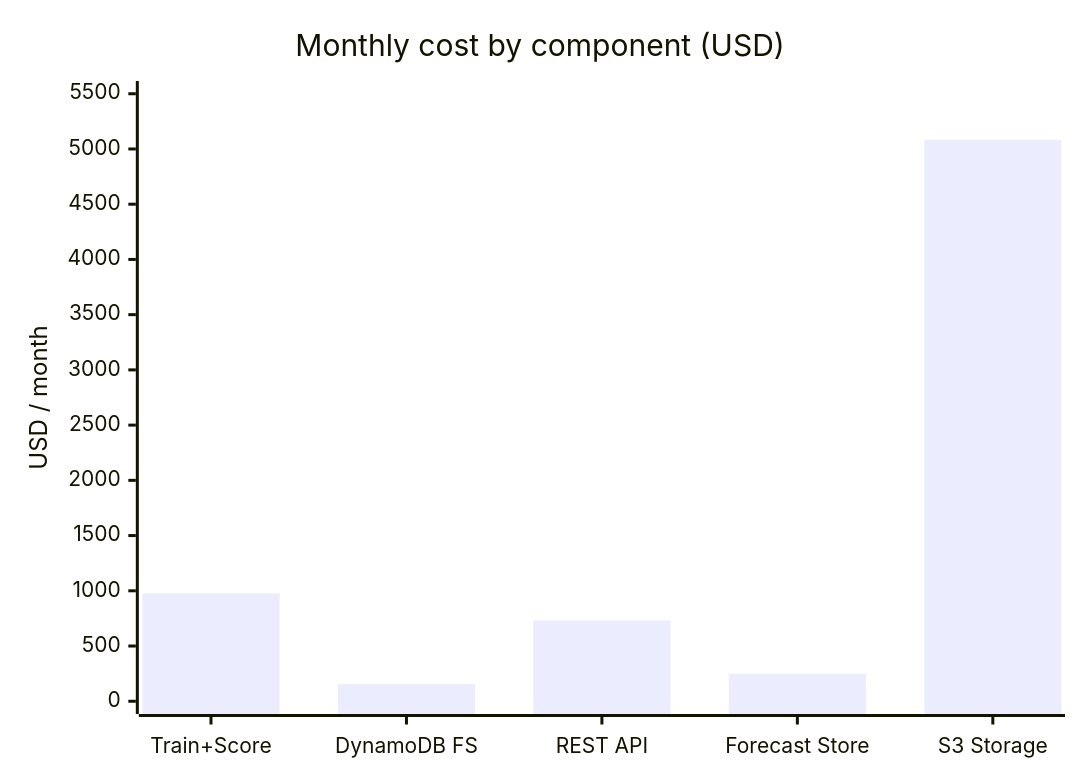
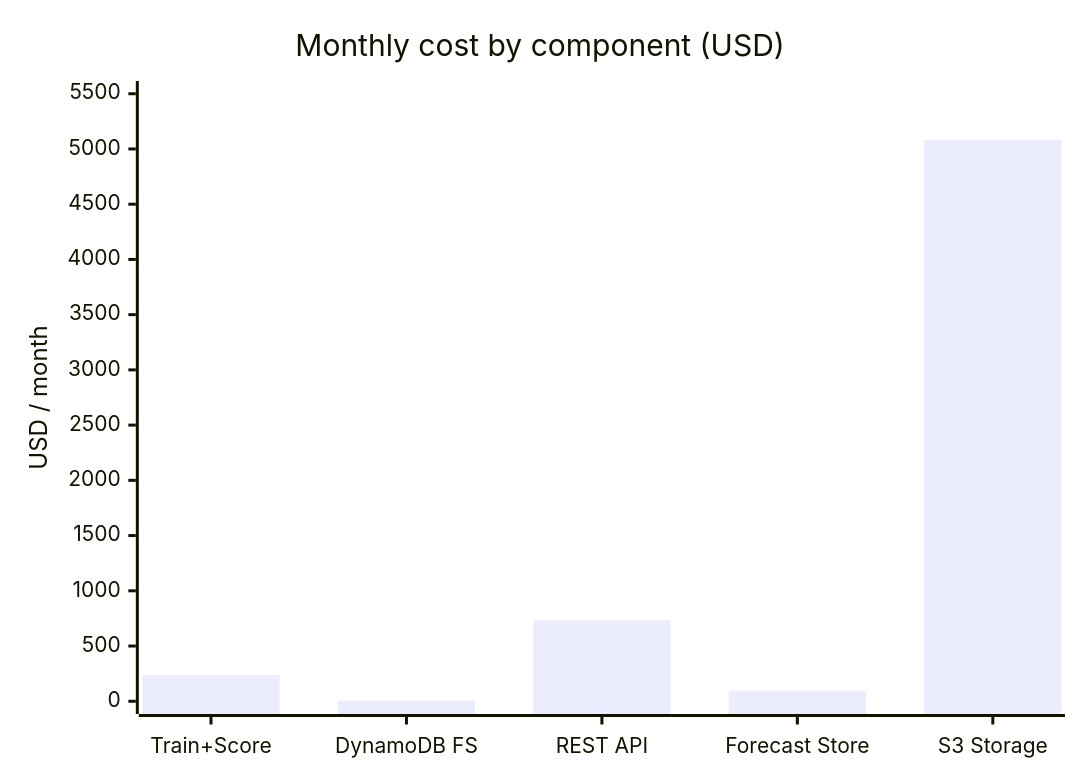
The third of 3 diagrams in src/main/java/com/rutik/systemdesign/ml/case_studies/design_demand_forecasting.md (rppol/system-design), drawn with Mermaid before and after one commit. The commit also changed other lines of this file and 114 other files, not shown here.

````diff
--- a/src/main/java/com/rutik/systemdesign/ml/case_studies/design_demand_forecasting.md
+++ b/src/main/java/com/rutik/systemdesign/ml/case_studies/design_demand_forecasting.md
@@ -778,7 +809,7 @@
 ```mermaid
 xychart-beta
     title "Monthly cost by component (USD)"
     x-axis ["Train+Score", "DynamoDB FS", "REST API", "Forecast Store", "S3 Storage"]
     y-axis "USD / month" 0 --> 5500
-    bar [976, 155, 733, 250, 5083]
+    bar [238, 5, 733, 95, 5083]
 ```
````
